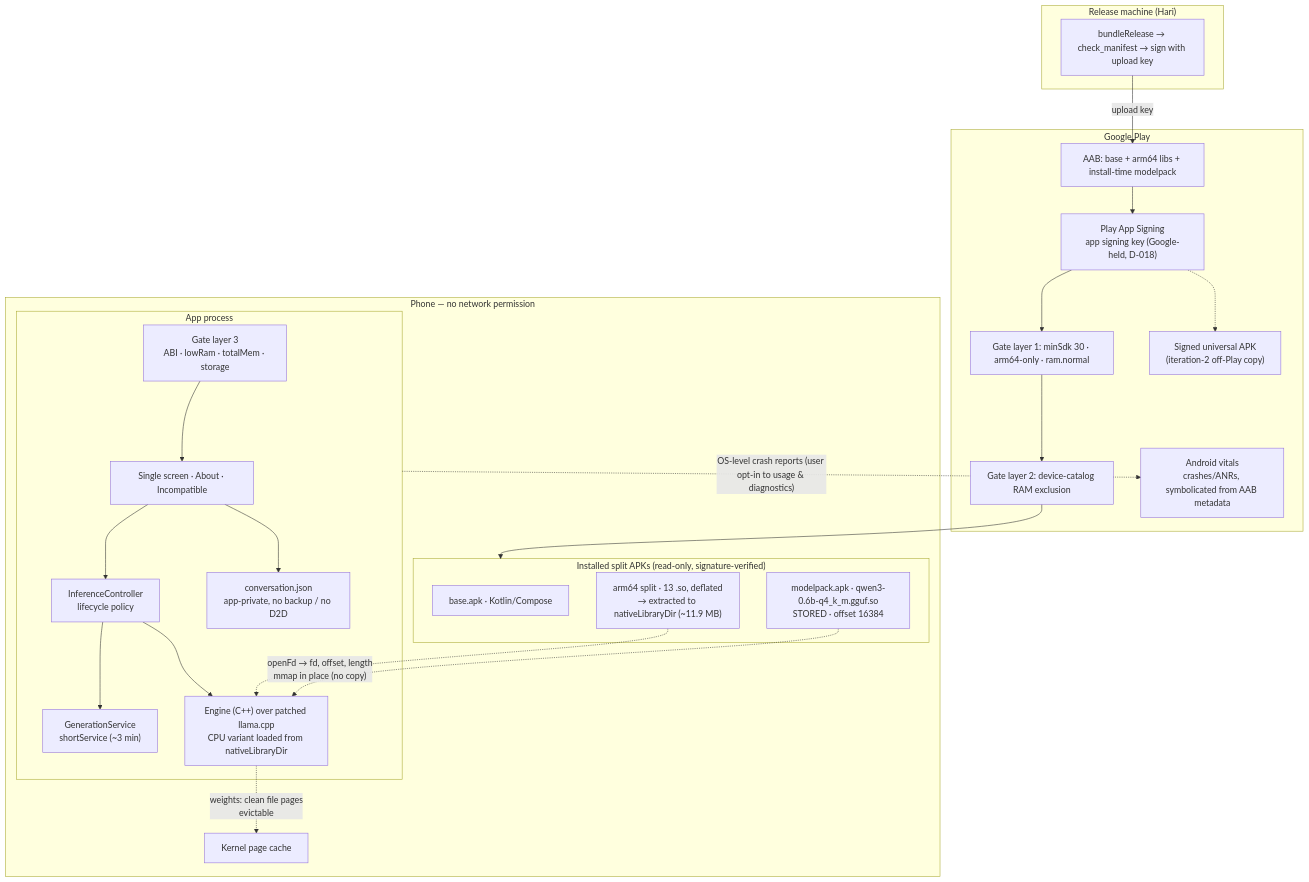
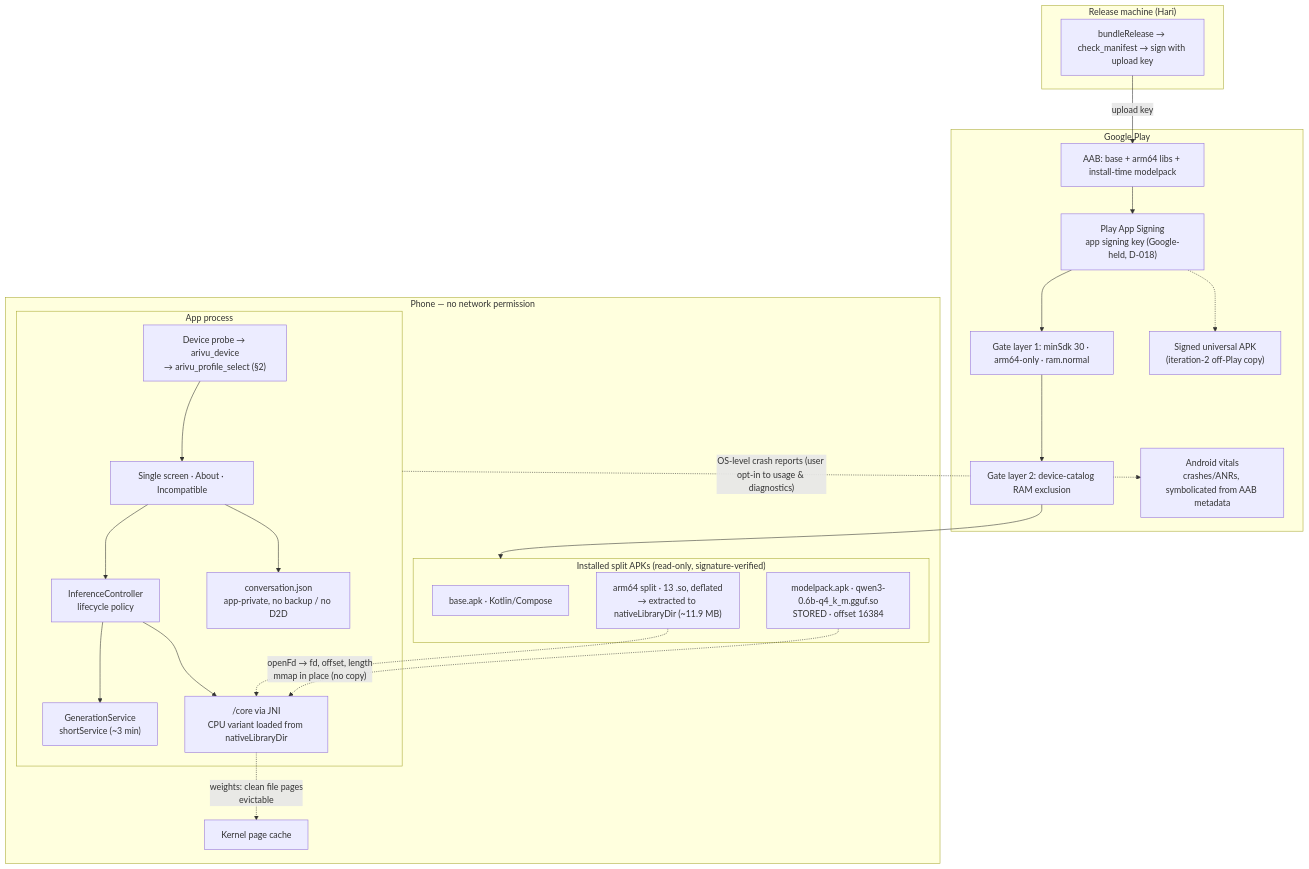
One commit to brettleehari/arivu changed the second of 6 diagrams in leaves/architecture.md. Above: the diagram before and after it, drawn with Mermaid. The commit also changed other lines of this file and 19 other files, not shown here.

````diff
--- a/leaves/architecture.md
+++ b/leaves/architecture.md
@@ -21,43 +167,40 @@
 ```mermaid
 flowchart TB
   subgraph Release["Release machine (Hari)"]
     Build["bundleRelease → check_manifest → sign with upload key"]
   end
-
   subgraph Play["Google Play"]
     AAB["AAB: base + arm64 libs + install-time modelpack"]
     PAS["Play App Signing<br/>app signing key (Google-held, D-018)"]
     Gate2["Gate layer 2: device-catalog RAM exclusion"]
     Gate1["Gate layer 1: minSdk 30 · arm64-only · ram.normal"]
     Vitals["Android vitals<br/>crashes/ANRs, symbolicated from AAB metadata"]
     Uni["Signed universal APK<br/>(iteration-2 off-Play copy)"]
   end
-
   subgraph Phone["Phone — no network permission"]
     subgraph APKs["Installed split APKs (read-only, signature-verified)"]
       Base["base.apk · Kotlin/Compose"]
       Libs["arm64 split · 13 .so, deflated<br/>→ extracted to nativeLibraryDir (~11.9 MB)"]
       Pack["modelpack.apk · qwen3-0.6b-q4_k_m.gguf.so<br/>STORED · offset 16384"]
     end
     subgraph Proc["App process"]
-      G3["Gate layer 3<br/>ABI · lowRam · totalMem · storage"]
+      Probe["Device probe → arivu_device<br/>→ arivu_profile_select (§2)"]
       UI["Single screen · About · Incompatible"]
       Ctl["InferenceController<br/>lifecycle policy"]
       FGS["GenerationService<br/>shortService (~3 min)"]
-      Eng["Engine (C++) over patched llama.cpp<br/>CPU variant loaded from nativeLibraryDir"]
+      Eng["/core via JNI<br/>CPU variant loaded from nativeLibraryDir"]
       Store["conversation.json<br/>app-private, no backup / no D2D"]
     end
     Kernel["Kernel page cache"]
   end
-
   Build -->|upload key| AAB --> PAS
   PAS --> Gate1 --> Gate2 --> APKs
   PAS -.-> Uni
-  G3 --> UI --> Ctl --> Eng
+  Probe --> UI --> Ctl --> Eng
   Ctl --> FGS
   UI --> Store
   Libs -.-> Eng
   Pack -. "openFd → fd, offset, length<br/>mmap in place (no copy)" .-> Eng
   Eng -. "weights: clean file pages<br/>evictable" .-> Kernel
   Proc -. "OS-level crash reports (user opt-in to usage & diagnostics)" .-> Vitals
 ```
````
